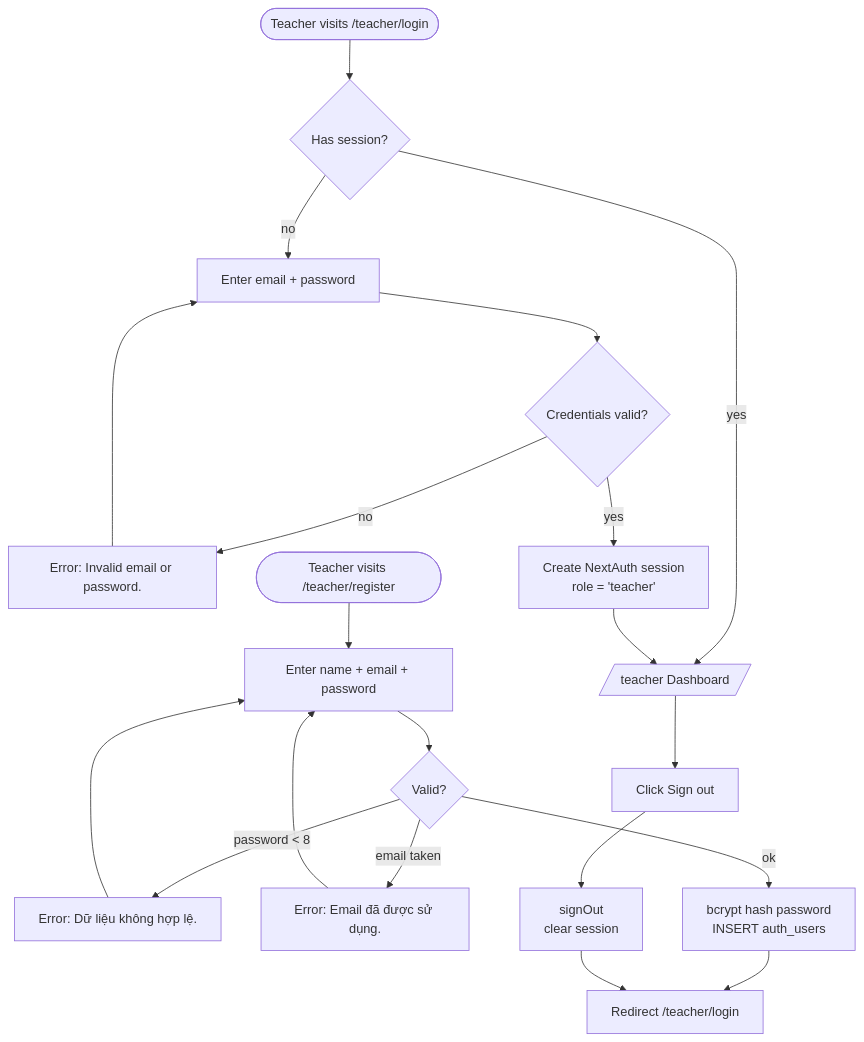
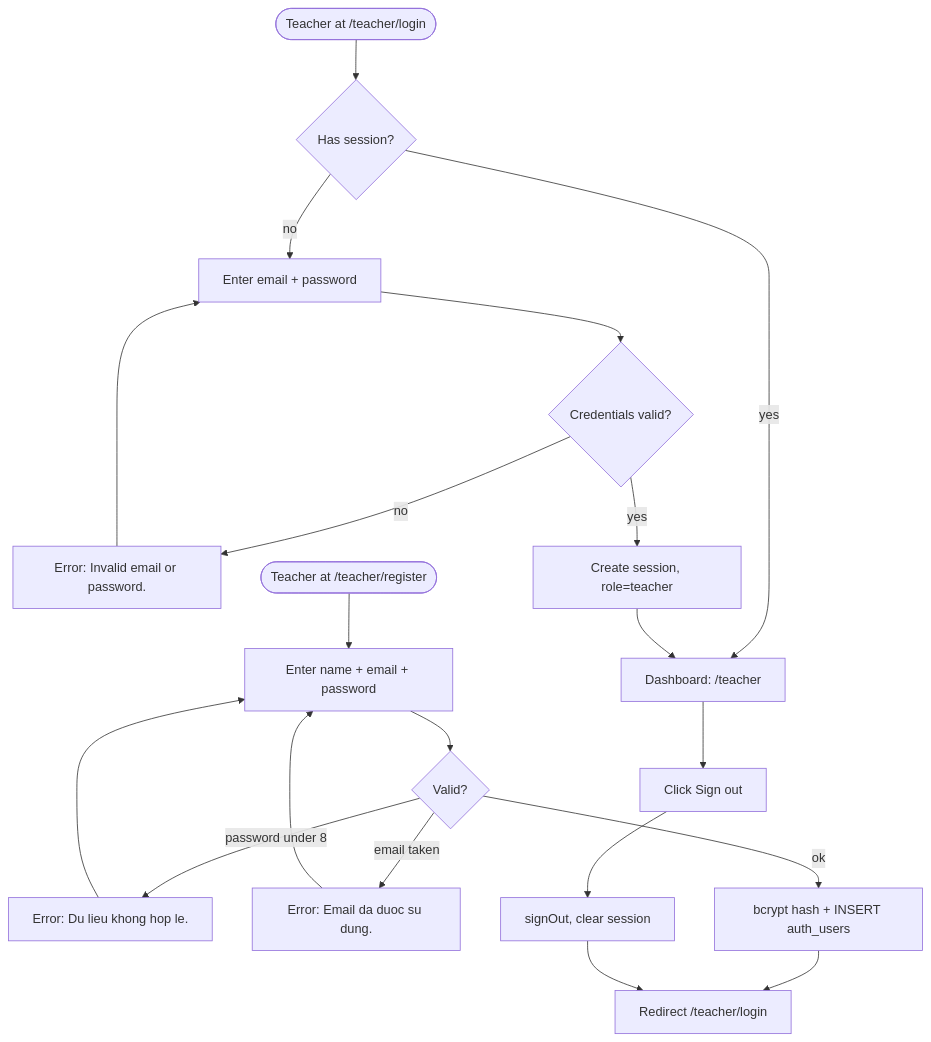
One commit to linhhd1kt/fce-quizz changed the third of 9 diagrams in docs/specs.md. Above: the diagram before and after it, drawn with Mermaid. The commit also changed other lines of this file, not shown here.

Commit message:
fix: correct Mermaid syntax in specs.md (slash shapes, curly braces, newlines in labels)

````diff
--- a/docs/specs.md
+++ b/docs/specs.md
@@ -232,24 +231,24 @@
 ```mermaid
 flowchart TD
-    A([Teacher visits /teacher/login]) --> B{Has session?}
-    B -- yes --> C[/teacher Dashboard/]
-    B -- no --> D[Enter email + password]
+    A([Teacher at /teacher/login]) --> B{Has session?}
+    B -- yes --> C["Dashboard: /teacher"]
+    B -- no --> D["Enter email + password"]
     D --> E{Credentials valid?}
     E -- no --> F["Error: Invalid email or password."]
     F --> D
-    E -- yes --> G[Create NextAuth session\nrole = 'teacher']
+    E -- yes --> G["Create session, role=teacher"]
     G --> C
 
-    H([Teacher visits /teacher/register]) --> I[Enter name + email + password]
+    H([Teacher at /teacher/register]) --> I["Enter name + email + password"]
     I --> J{Valid?}
-    J -- "password < 8" --> K["Error: Dữ liệu không hợp lệ."]
-    J -- "email taken" --> L["Error: Email đã được sử dụng."]
+    J -- "password under 8" --> K["Error: Du lieu khong hop le."]
+    J -- "email taken" --> L["Error: Email da duoc su dung."]
     K --> I
     L --> I
-    J -- ok --> M[bcrypt hash password\nINSERT auth_users]
-    M --> N[Redirect /teacher/login]
+    J -- ok --> M["bcrypt hash + INSERT auth_users"]
+    M --> N["Redirect /teacher/login"]
 
-    C --> O[Click Sign out]
-    O --> P[signOut\nclear session]
+    C --> O["Click Sign out"]
+    O --> P["signOut, clear session"]
     P --> N
 ```
````
